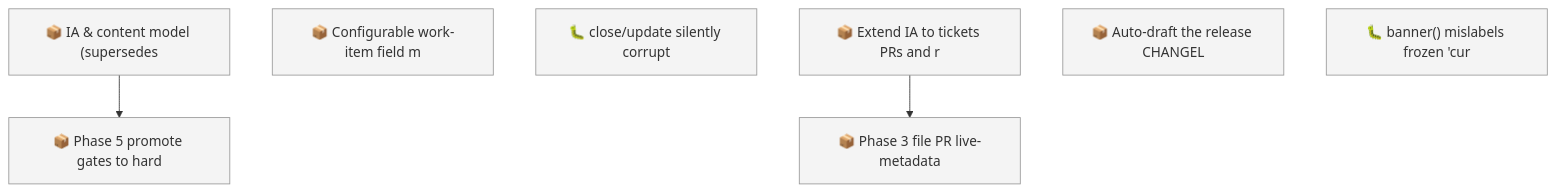
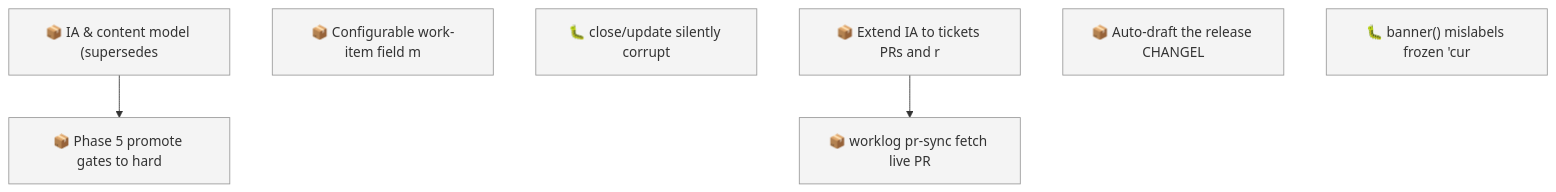
Before and after one commit to SpillwaveSolutions/wiki_ticket_sdd: the first of 2 diagrams in docs/roadmap.md, drawn with Mermaid. The commit also changed other lines of this file and 11 other files, not shown here.

First line of the commit message:
chore(worklog): file PR live-metadata follow-up, closing artifact-pages epic phases

````diff
--- a/docs/roadmap.md
+++ b/docs/roadmap.md
@@ -62,15 +62,15 @@
 ```mermaid
 graph TD
     01KY5G9ZW0H2YMNWDFJYGRPYE5["📦 IA & content model (supersedes"]
     01KY5G9ZW0RABXWHEMEP1FAV2G["📦 Phase 5 promote gates to hard"]
     01KY5NE0ZYGBWG44N0KPEBFCZ8["📦 Configurable work-item field m"]
     01KYA99TVCGX79HFNHN1DVT7Y6["🐛 close/update silently corrupt"]
     01KYABYEQP8ANXGYPBCV2T20D8["📦 Extend IA to tickets PRs and r"]
-    01KYABYEQPF8N2K26ENRKREE0W["📦 Phase 3 file PR live-metadata"]
     01KYAC0AC01R4C6W7YY1X8NVRV["📦 Auto-draft the release CHANGEL"]
     01KYACFJA0SQSF4C83BJZXB5MY["🐛 banner() mislabels frozen 'cur"]
+    01KYADGT9Q48EKJZVQQSH4HXWZ["📦 worklog pr-sync fetch live PR"]
     01KY5G9ZW0H2YMNWDFJYGRPYE5 --> 01KY5G9ZW0RABXWHEMEP1FAV2G
-    01KYABYEQP8ANXGYPBCV2T20D8 --> 01KYABYEQPF8N2K26ENRKREE0W
+    01KYABYEQP8ANXGYPBCV2T20D8 --> 01KYADGT9Q48EKJZVQQSH4HXWZ
     classDef todo fill:#f4f4f4,stroke:#999999
-    class 01KY5G9ZW0H2YMNWDFJYGRPYE5,01KY5G9ZW0RABXWHEMEP1FAV2G,01KY5NE0ZYGBWG44N0KPEBFCZ8,01KYA99TVCGX79HFNHN1DVT7Y6,01KYABYEQP8ANXGYPBCV2T20D8,01KYABYEQPF8N2K26ENRKREE0W,01KYAC0AC01R4C6W7YY1X8NVRV,01KYACFJA0SQSF4C83BJZXB5MY todo
+    class 01KY5G9ZW0H2YMNWDFJYGRPYE5,01KY5G9ZW0RABXWHEMEP1FAV2G,01KY5NE0ZYGBWG44N0KPEBFCZ8,01KYA99TVCGX79HFNHN1DVT7Y6,01KYABYEQP8ANXGYPBCV2T20D8,01KYAC0AC01R4C6W7YY1X8NVRV,01KYACFJA0SQSF4C83BJZXB5MY,01KYADGT9Q48EKJZVQQSH4HXWZ todo
 ```
````
